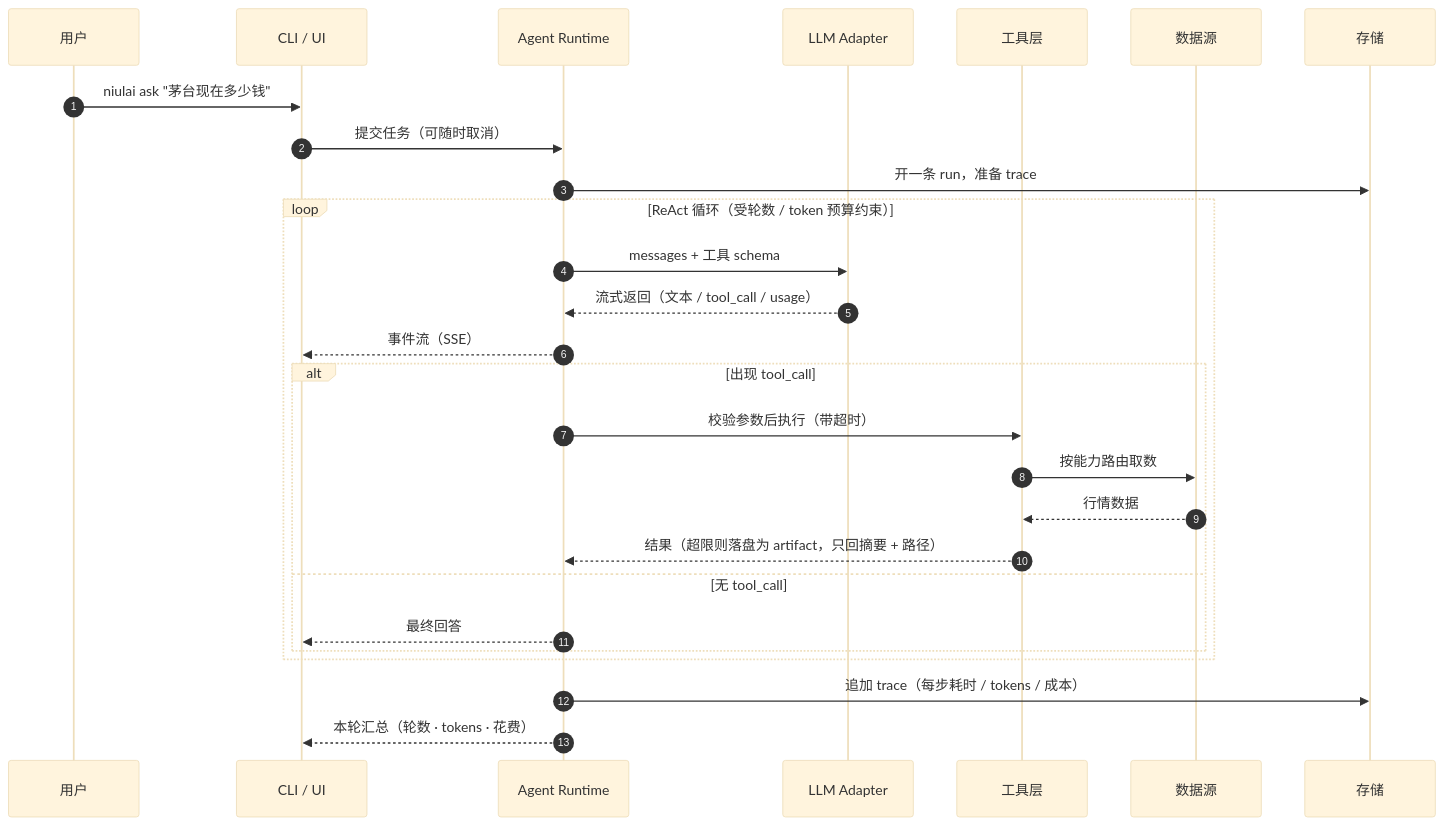
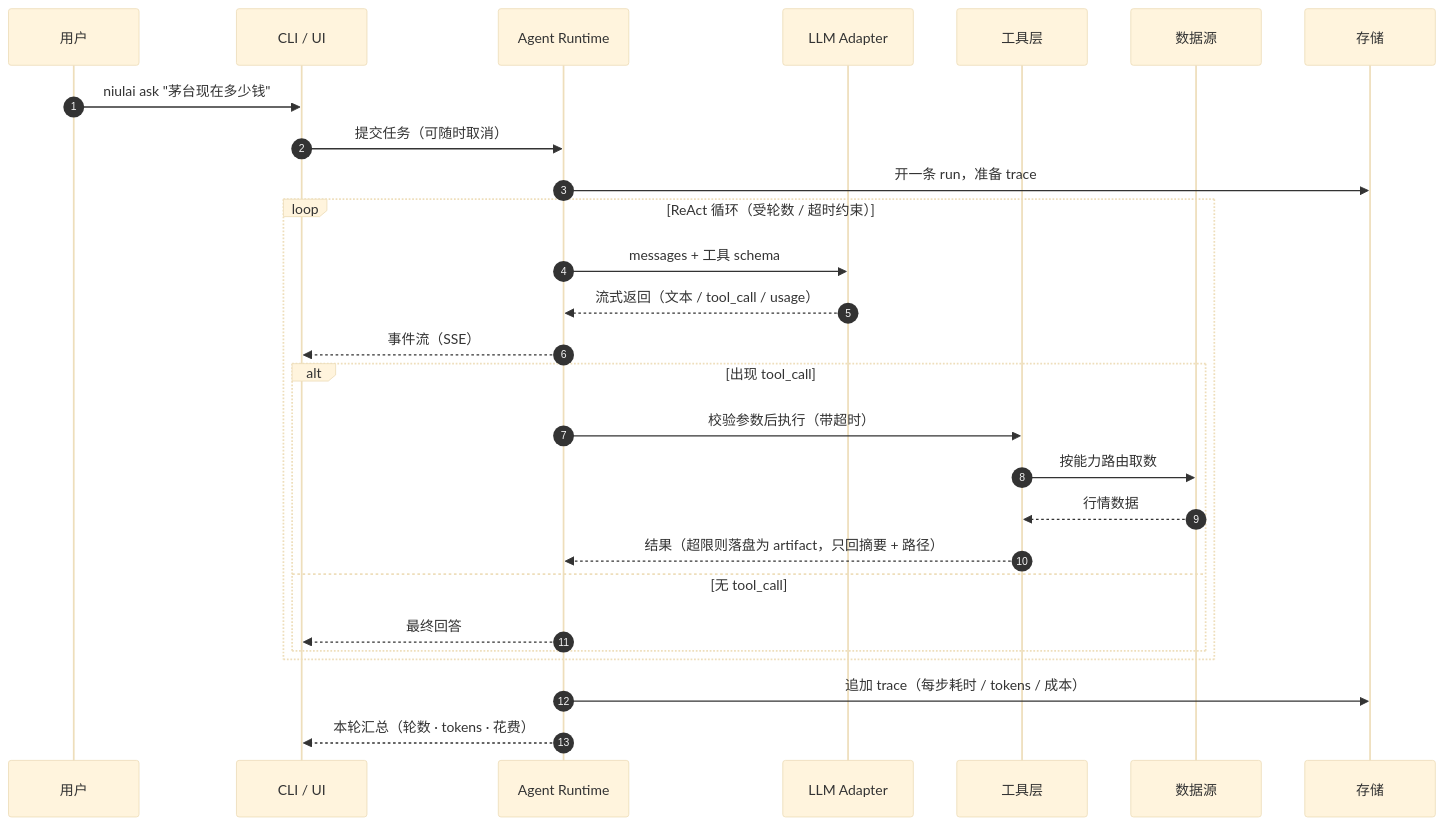
The second of 2 diagrams in docs/architecture.md (hy-real/niulai), drawn with Mermaid (base theme) before and after one commit. The commit also changed other lines of this file and 8 other files, not shown here.

````diff
--- a/docs/architecture.md
+++ b/docs/architecture.md
@@ -133,30 +133,30 @@
 ```mermaid
 sequenceDiagram
     autonumber
     participant U as 用户
     participant C as CLI / UI
     participant R as Agent Runtime
     participant L as LLM Adapter
     participant T as 工具层
     participant D as 数据源
     participant S as 存储
 
     U->>C: niulai ask "茅台现在多少钱"
     C->>R: 提交任务（可随时取消）
     R->>S: 开一条 run，准备 trace
-    loop ReAct 循环（受轮数 / token 预算约束）
+    loop ReAct 循环（受轮数 / 超时约束）
         R->>L: messages + 工具 schema
         L-->>R: 流式返回（文本 / tool_call / usage）
         R-->>C: 事件流（SSE）
         alt 出现 tool_call
             R->>T: 校验参数后执行（带超时）
             T->>D: 按能力路由取数
             D-->>T: 行情数据
             T-->>R: 结果（超限则落盘为 artifact，只回摘要 + 路径）
         else 无 tool_call
             R-->>C: 最终回答
         end
     end
     R->>S: 追加 trace（每步耗时 / tokens / 成本）
     R-->>C: 本轮汇总（轮数 · tokens · 花费）
 ```
````
